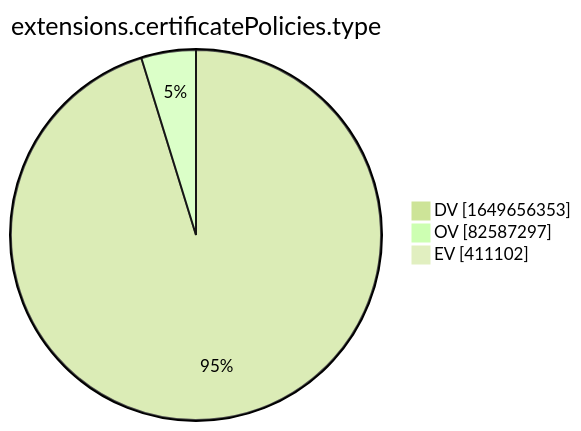
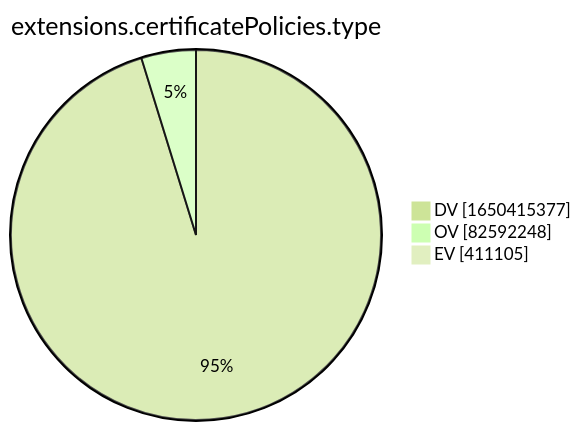
The tenth of 15 diagrams in xenon2022/README.md (christiankrug/ctmonitor_visualization), drawn with Mermaid (forest theme) before and after one commit. The commit also changed other lines of this file, not shown here.

````diff
--- a/xenon2022/README.md
+++ b/xenon2022/README.md
@@ -2880,7 +2880,7 @@
 ```mermaid
 pie showData
 title extensions.certificatePolicies.type
-"DV" :1649656353
-"OV" :82587297
-"EV" :411102
+"DV" :1650415377
+"OV" :82592248
+"EV" :411105
 ```
````
